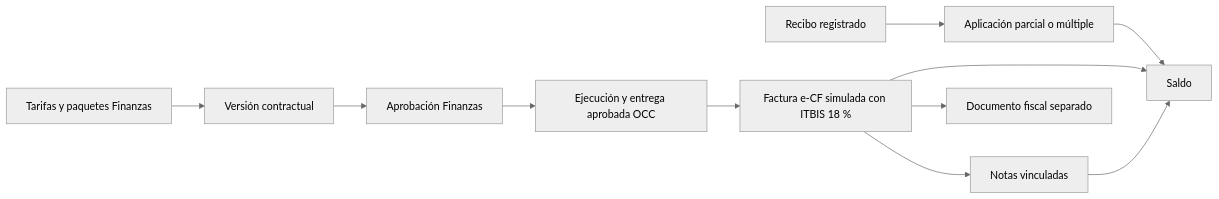
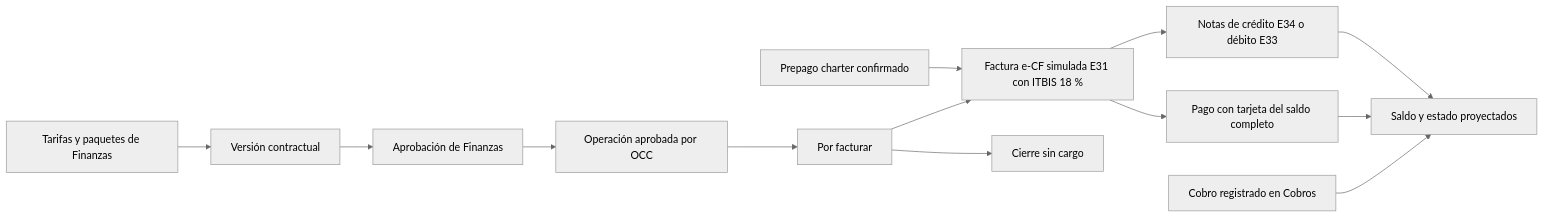
Before and after one commit to ErickEduardo027/ELEVANT: the diagram in Vault/03-dominio/finanzas-tarifas-cargos-y-cobros.md, drawn with Mermaid (neutral theme). The commit also changed other lines of this file and 51 other files, not shown here.

````diff
--- a/Vault/03-dominio/finanzas-tarifas-cargos-y-cobros.md
+++ b/Vault/03-dominio/finanzas-tarifas-cargos-y-cobros.md
@@ -80,13 +99,15 @@
 ```mermaid
 flowchart LR
-    TB[Tarifas y paquetes Finanzas] --> CV[Versión contractual]
-    CV --> FA[Aprobación Finanzas]
-    FA --> OP[Ejecución y entrega aprobada OCC]
-    OP --> FC[Factura e-CF simulada con ITBIS 18 %]
-    FC --> NT[Notas vinculadas]
-    RC[Recibo registrado] --> AP[Aplicación parcial o múltiple]
-    AP --> SA[Saldo]
-    FC --> SA
+    TB[Tarifas y paquetes de Finanzas] --> CV[Versión contractual]
+    CV --> FA[Aprobación de Finanzas]
+    FA --> OP[Operación aprobada por OCC]
+    OP --> PF[Por facturar]
+    PF --> FC[Factura e-CF simulada E31 con ITBIS 18 %]
+    PF --> SC[Cierre sin cargo]
+    PP[Prepago charter confirmado] --> FC
+    FC --> NT[Notas de crédito E34 o débito E33]
+    FC --> TJ[Pago con tarjeta del saldo completo]
+    RC[Cobro registrado en Cobros] --> SA[Saldo y estado proyectados]
+    TJ --> SA
     NT --> SA
-    FC --> FS[Documento fiscal separado]
 ```
````
